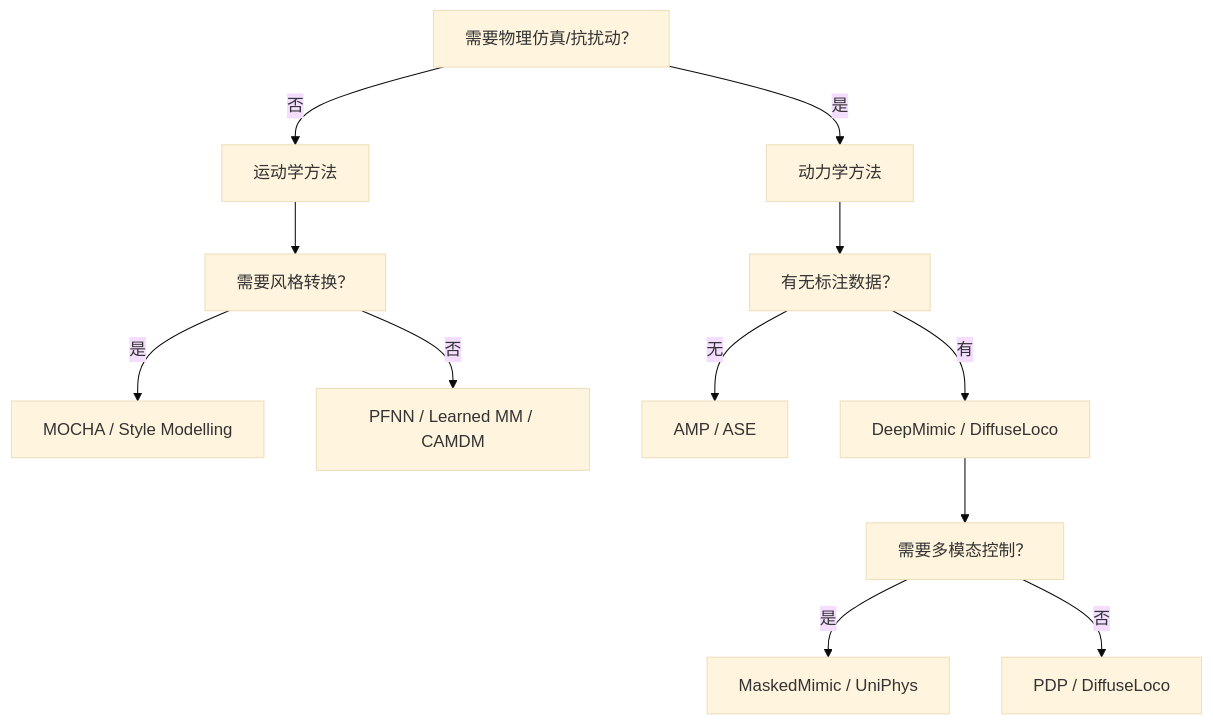
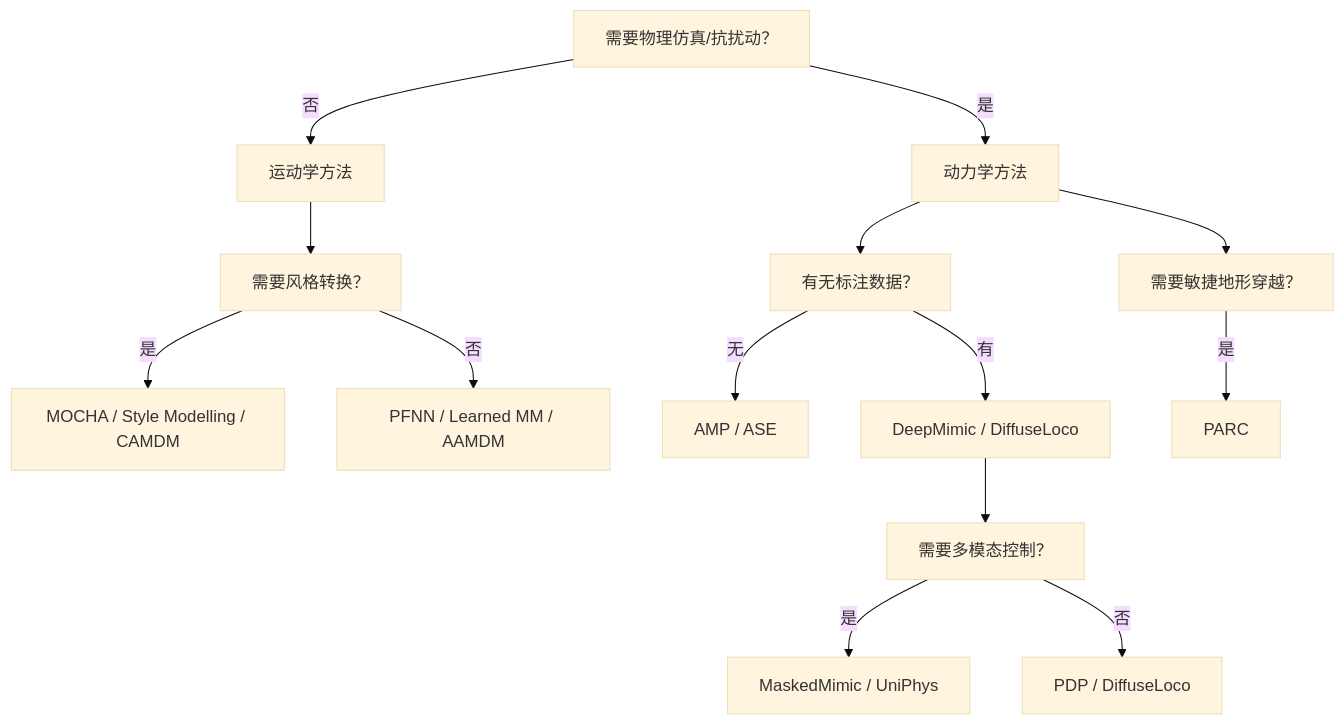
Before and after one commit to CaterpillarStudyGroup/GAMES105_mdbook: diagram 22 of 22 in src/Locomotion_Survey.md, drawn with Mermaid (base theme). The commit also changed other lines of this file, not shown here.

````diff
--- a/src/Locomotion_Survey.md
+++ b/src/Locomotion_Survey.md
@@ -795,17 +976,20 @@
 ```mermaid
 flowchart TD
     Q1["需要物理仿真/抗扰动？"] --> |否 | A1["运动学方法"]
     Q1 --> |是 | A2["动力学方法"]
 
     A1 --> Q2["需要风格转换？"]
-    Q2 --> |是 | A3["MOCHA / Style Modelling"]
-    Q2 --> |否 | A4["PFNN / Learned MM / CAMDM"]
+    Q2 --> |是 | A3["MOCHA / Style Modelling / CAMDM"]
+    Q2 --> |否 | A4["PFNN / Learned MM / AAMDM"]
 
     A2 --> Q3["有无标注数据？"]
     Q3 --> |无 | A5["AMP / ASE"]
     Q3 --> |有 | A6["DeepMimic / DiffuseLoco"]
 
     A6 --> Q4["需要多模态控制？"]
     Q4 --> |是 | A7["MaskedMimic / UniPhys"]
     Q4 --> |否 | A8["PDP / DiffuseLoco"]
+
+    A2 --> Q5["需要敏捷地形穿越？"]
+    Q5 --> |是 | A9["PARC"]
 ```
````
